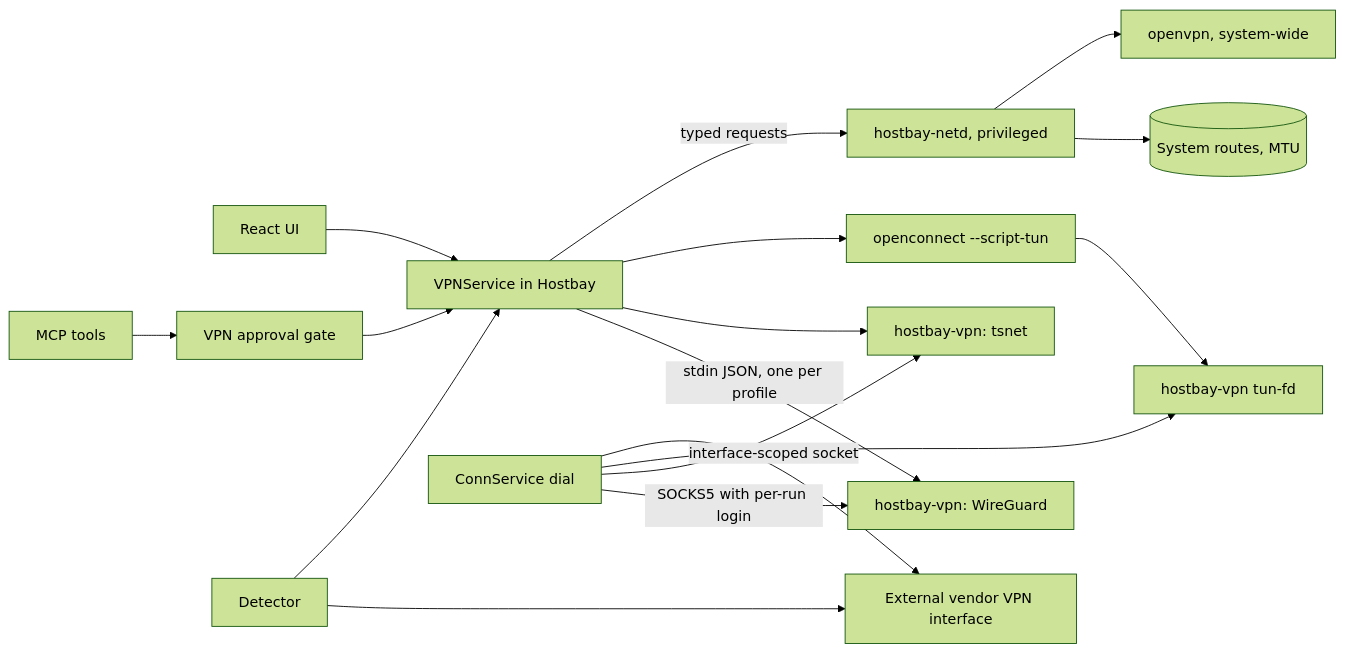
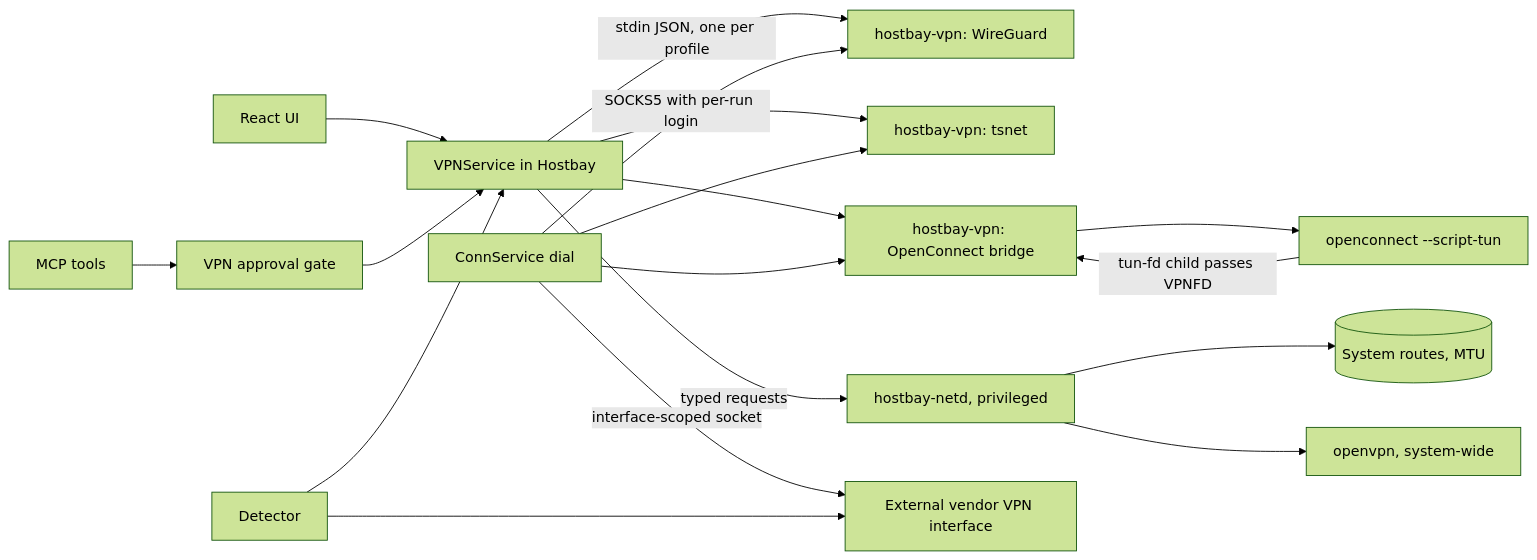
Before and after one commit to lsanthosh08/hostbay: the first of 4 diagrams in docs/plans/2026-10-30-1022-feat-vpn-profiles-plan.md, drawn with Mermaid (forest theme). The commit also changed other lines of this file, not shown here.

First line of the commit message:
docs: apply review fixes to the VPN profiles plan

````diff
--- a/docs/plans/2026-10-30-1022-feat-vpn-profiles-plan.md
+++ b/docs/plans/2026-10-30-1022-feat-vpn-profiles-plan.md
@@ -279,17 +279,18 @@
 ```mermaid
 flowchart LR
   UI[React UI] --> SVC[VPNService in Hostbay]
   MCP[MCP tools] --> GATE[VPN approval gate] --> SVC
   SVC -->|stdin JSON, one per profile| H1[hostbay-vpn: WireGuard]
   SVC --> H2[hostbay-vpn: tsnet]
-  SVC --> OC[openconnect --script-tun] --> H3[hostbay-vpn tun-fd]
+  SVC --> H3[hostbay-vpn: OpenConnect bridge] --> OC[openconnect --script-tun]
+  OC -->|tun-fd child passes VPNFD| H3
   SVC -->|typed requests| NETD[hostbay-netd, privileged]
   NETD --> RT[(System routes, MTU)]
   NETD --> OVPN[openvpn, system-wide]
   CONN[ConnService dial] -->|SOCKS5 with per-run login| H1
   CONN --> H2
   CONN --> H3
   CONN -->|interface-scoped socket| EXT[External vendor VPN interface]
   DET[Detector] --> EXT
   DET --> SVC
 ```
````
